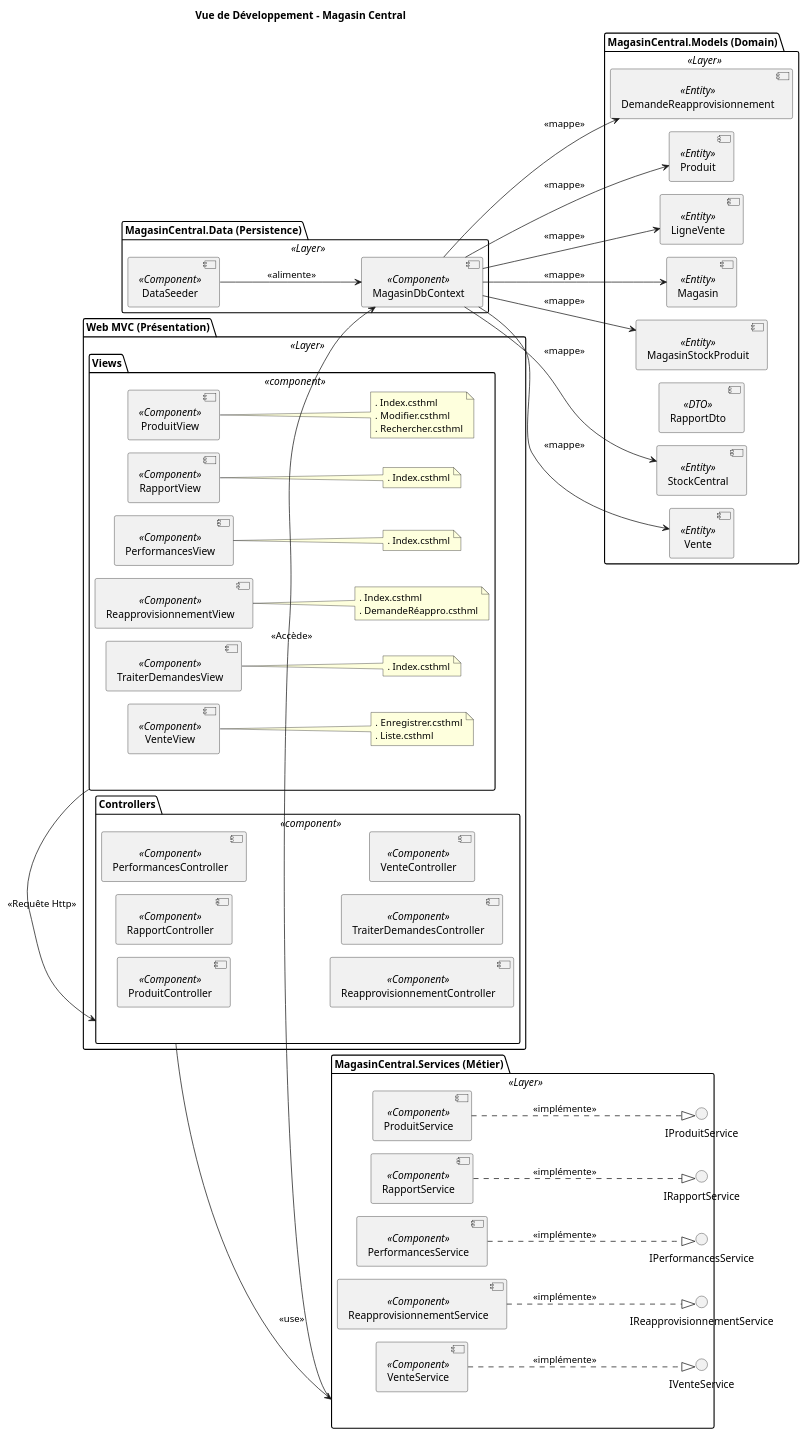
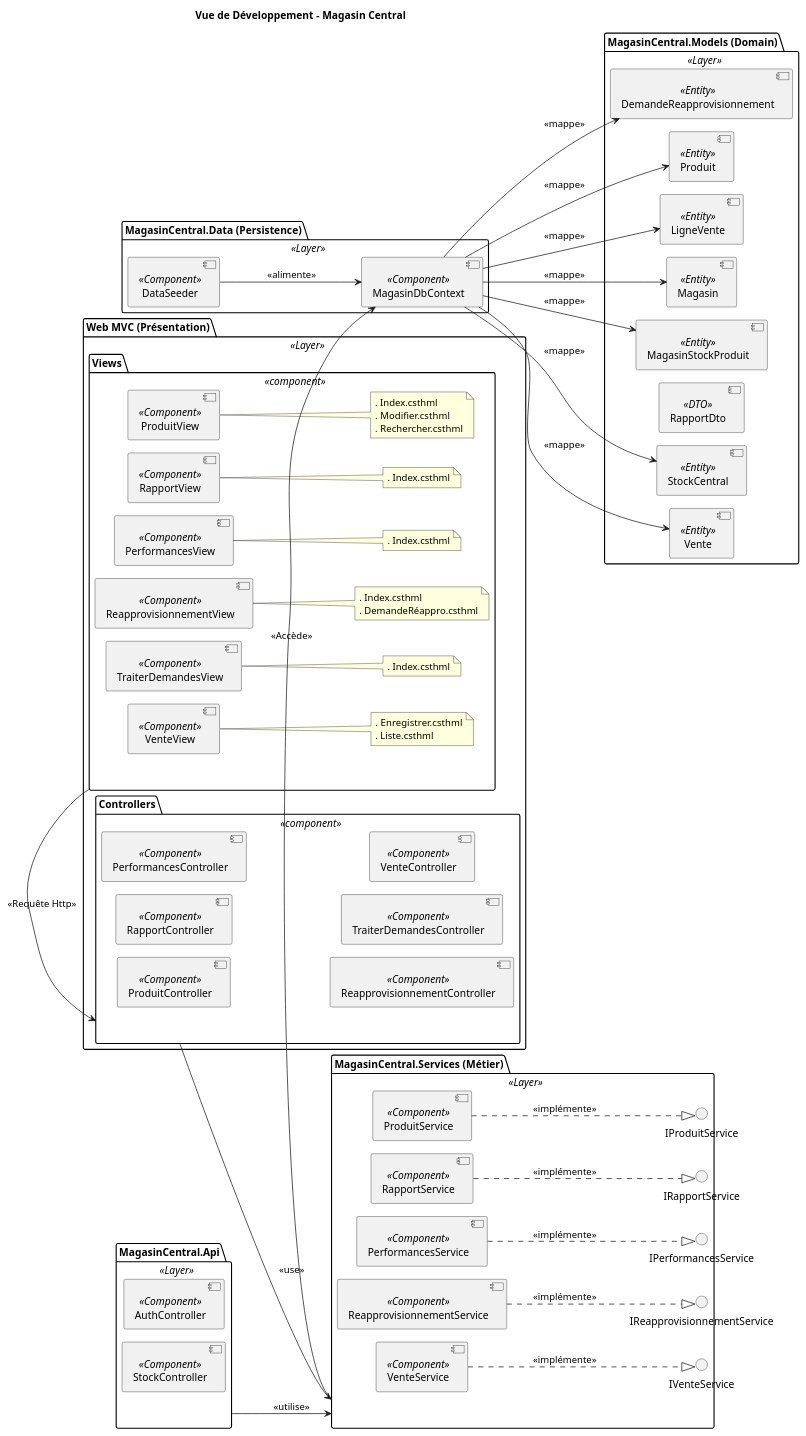
The diagram in docs/UML/VueDevelopement.puml (itsahmed98/log430-lab3-magasinMVC-api), drawn with PlantUML before and after one commit. The commit also changed 4 other files, not shown here.

Commit message:
mettre a jour les diagrammes et le readme

```diff
--- a/docs/UML/VueDevelopement.puml
+++ b/docs/UML/VueDevelopement.puml
@@ -1,108 +1,118 @@
 @startuml VueDéveloppement_MagasinCentral
 title Vue de Développement - Magasin Central
 !pragma layout smetana
 left to right direction
 
 skinparam component {
   horizontalSpacing 40
   verticalSpacing 30
 }
 skinparam package {
   padding 20
 }
 
 package "Web MVC (Présentation)" as WebMVC <<Layer>> {
   package "Views" as view <<component>> {
     [ProduitView] <<Component>>
       note right of [ProduitView]
         . Index.csthml
         . Modifier.csthml
         . Rechercher.csthml
       end note
     [RapportView] <<Component>>
       note right of [RapportView]
         . Index.csthml
       end note
     [PerformancesView] <<Component>>
       note right of [PerformancesView]
         . Index.csthml
       end note
     [ReapprovisionnementView] <<Component>>
       note right of [ReapprovisionnementView]
         . Index.csthml
         . DemandeRéappro.csthml
       end note
     [TraiterDemandesView] <<Component>>
       note right of [TraiterDemandesView]
         . Index.csthml
       end note
     [VenteView] <<Component>>
       note right of [VenteView]
         . Enregistrer.csthml
         . Liste.csthml
       end note
   }
 
   package "Controllers" as controller <<component>> {
     [ProduitController] <<Component>>
     [RapportController] <<Component>>
     [PerformancesController] <<Component>>
     [ReapprovisionnementController] <<Component>>
     [TraiterDemandesController] <<Component>>
     [VenteController] <<Component>>
   }
 }
 
 package "MagasinCentral.Services (Métier)" as Services <<Layer>> {
   interface IProduitService
   interface IRapportService
   interface IPerformancesService
   interface IReapprovisionnementService
   interface IVenteService
 
   [ProduitService] <<Component>>
   [RapportService] <<Component>>
   [PerformancesService] <<Component>>
   [ReapprovisionnementService] <<Component>>
   [VenteService] <<Component>>
 }
 
 package "MagasinCentral.Data (Persistence)" as Contexte <<Layer>> {
   [MagasinDbContext] <<Component>>
   [DataSeeder] <<Component>>
 }
 
 package "MagasinCentral.Models (Domain)" as Models <<Layer>> {
   [DemandeReapprovisionnement] <<Entity>>
   [Produit] <<Entity>>
   [LigneVente] <<Entity>>
   [Magasin] <<Entity>>
   [MagasinStockProduit] <<Entity>>
   [RapportDto] <<DTO>>
   [StockCentral] <<Entity>>
   [Vente] <<Entity>>
 }
 
+package "MagasinCentral.Api" as API <<Layer>> {
+  [AuthController] <<Component>>
+  [PerformancesController] <<Component>>
+  [RapportController] <<Component>>
+  [ProduitController] <<Component>>
+  [StockController] <<Component>>
+}
+
 controller --> Services : <<use>>
 view -> controller : <<Requête Http>>
 
 [ProduitService] ..|> IProduitService : <<implémente>>
 [RapportService] ..|> IRapportService : <<implémente>>
 [PerformancesService] ..|> IPerformancesService : <<implémente>>
 [ReapprovisionnementService] ..|> IReapprovisionnementService : <<implémente>>
 [VenteService] ..|> IVenteService : <<implémente>>
 
 Services -> MagasinDbContext : <<Accède>>
 
 MagasinDbContext --> DemandeReapprovisionnement : <<mappe>>
 MagasinDbContext --> Produit : <<mappe>>
 MagasinDbContext --> LigneVente : <<mappe>>
 MagasinDbContext --> Magasin : <<mappe>>
 MagasinDbContext --> MagasinStockProduit : <<mappe>>
 MagasinDbContext --> StockCentral : <<mappe>>
 MagasinDbContext --> Vente : <<mappe>>
 
 DataSeeder --> MagasinDbContext : <<alimente>>
 
+API --> Services : <<utilise>>
+
 
 @enduml
```
